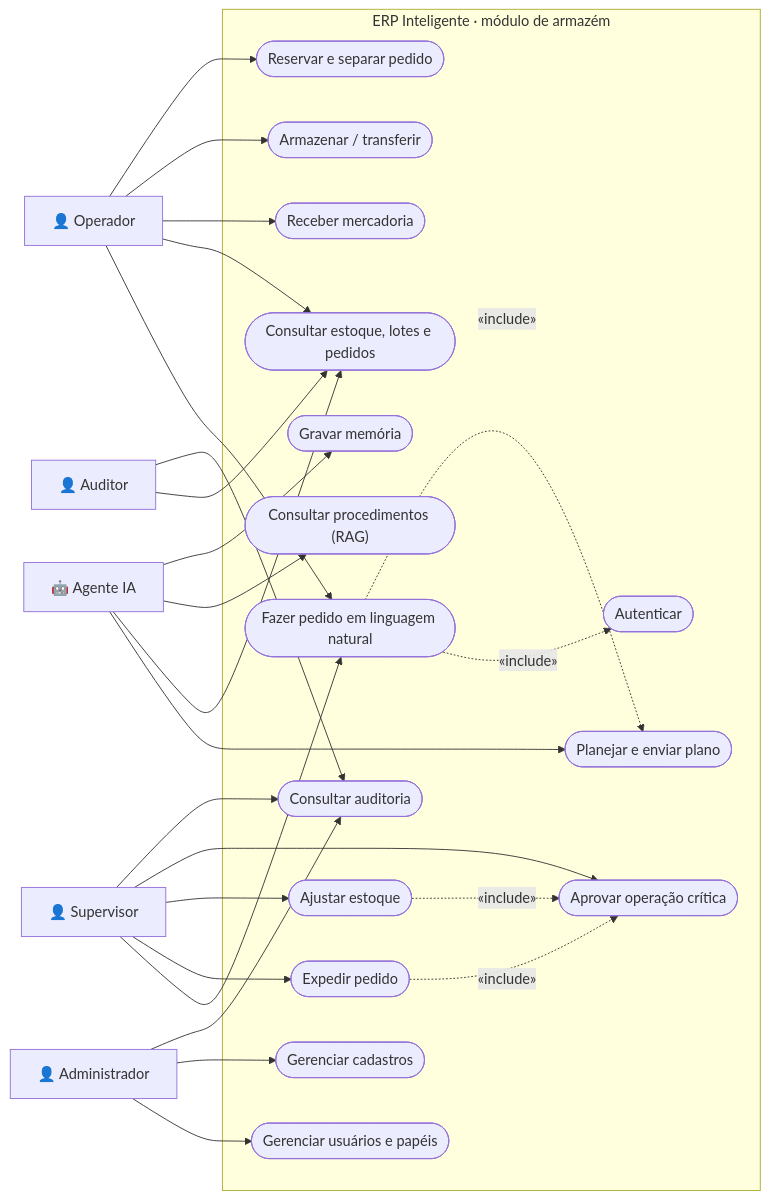
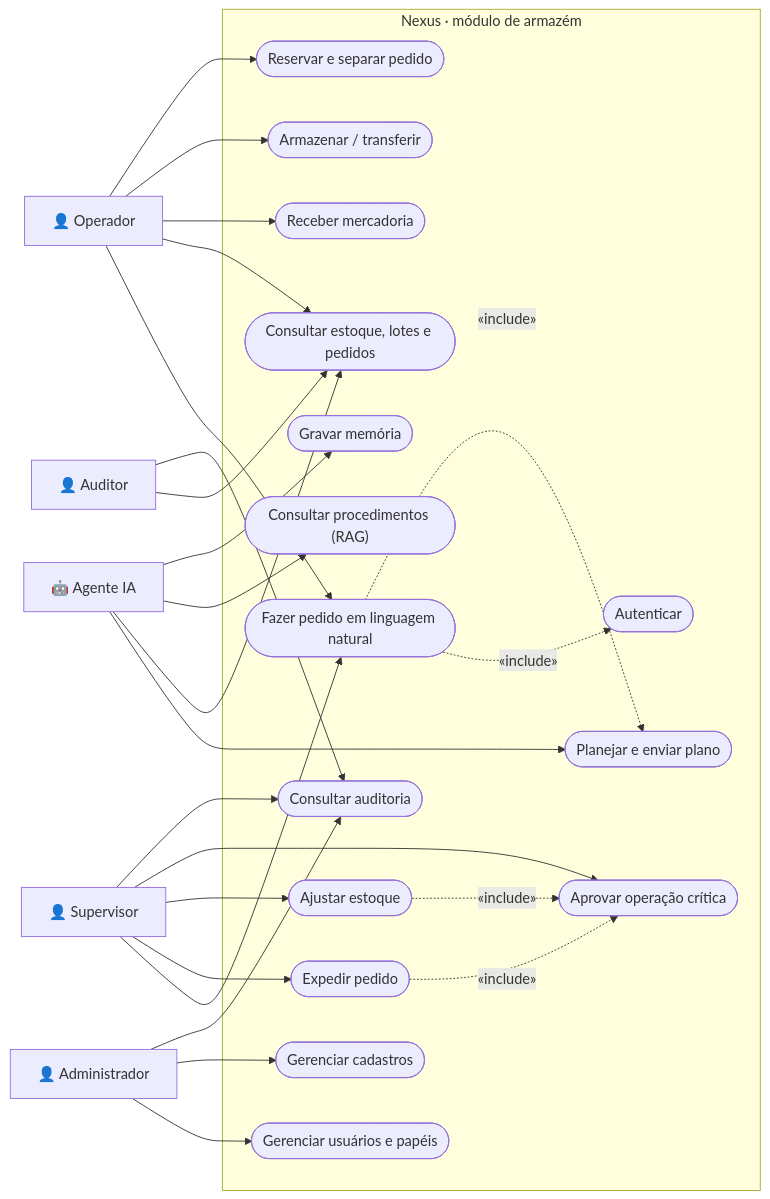
One commit to DevSamuelSCesar/ERP-Inteligente changed the third of 7 diagrams in README.md. Above: the diagram before and after it, drawn with Mermaid. The commit also changed other lines of this file and 9 other files, not shown here.

````diff
--- a/README.md
+++ b/README.md
@@ -153,52 +153,52 @@
 ```mermaid
 flowchart LR
     OPE["👤 Operador"]
     SUP["👤 Supervisor"]
     ADM["👤 Administrador"]
     AUD["👤 Auditor"]
     IA["🤖 Agente IA"]
 
-    subgraph SYS["ERP Inteligente · módulo de armazém"]
+    subgraph SYS["Nexus · módulo de armazém"]
         UC1(["Fazer pedido em linguagem natural"])
         UC2(["Consultar estoque, lotes e pedidos"])
         UC3(["Receber mercadoria"])
         UC4(["Armazenar / transferir"])
         UC5(["Reservar e separar pedido"])
         UC6(["Expedir pedido"])
         UC7(["Ajustar estoque"])
         UC8(["Aprovar operação crítica"])
         UC9(["Planejar e enviar plano"])
         UC10(["Consultar procedimentos (RAG)"])
         UC11(["Gravar memória"])
         UC12(["Gerenciar usuários e papéis"])
         UC13(["Gerenciar cadastros"])
         UC14(["Consultar auditoria"])
         UC15(["Autenticar"])
     end
 
     OPE --> UC1
     OPE --> UC2
     OPE --> UC3
     OPE --> UC4
     OPE --> UC5
     SUP --> UC1
     SUP --> UC6
     SUP --> UC7
     SUP --> UC8
     SUP --> UC14
     ADM --> UC12
     ADM --> UC13
     ADM --> UC14
     AUD --> UC2
     AUD --> UC14
 
     IA --> UC9
     IA --> UC2
     IA --> UC10
     IA --> UC11
 
     UC1 -. "«include»" .-> UC15
     UC1 -. "«include»" .-> UC9
     UC6 -. "«include»" .-> UC8
     UC7 -. "«include»" .-> UC8
 ```
````
